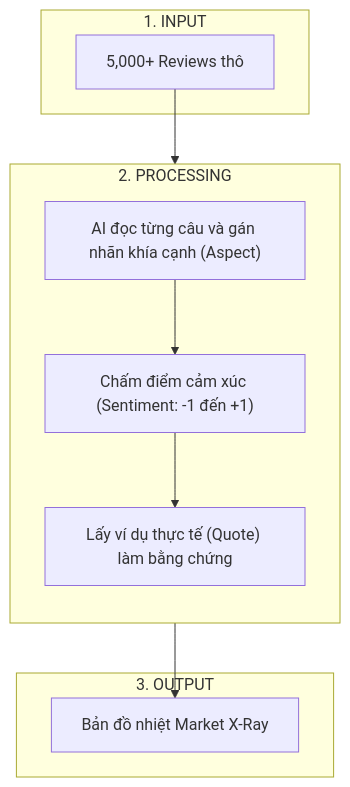
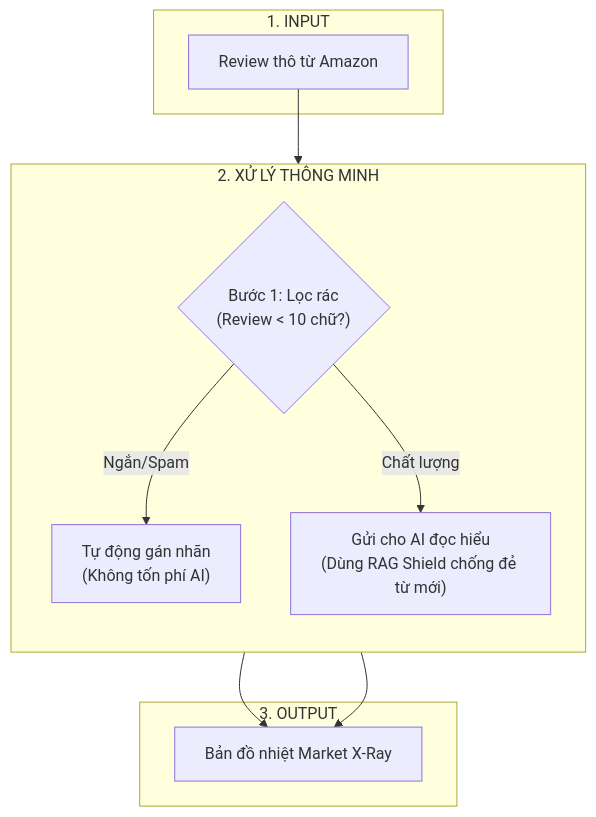
The second of 3 diagrams in docs/architecture_analysis_v2/08_User_Functional_Deep_Dive.md (Daniel-LeTC/AI_market_intel_platform), drawn with Mermaid before and after one commit. The commit also changed other lines of this file, not shown here.

Commit message:
docs: align functional deep dive with real code logic (Trash Filter, RAG Shield, Weighted Score)

````diff
--- a/docs/architecture_analysis_v2/08_User_Functional_Deep_Dive.md
+++ b/docs/architecture_analysis_v2/08_User_Functional_Deep_Dive.md
@@ -40,19 +40,23 @@
 ```mermaid
 graph TD
     subgraph INPUT ["1. INPUT"]
-        R_Raw["5,000+ Reviews thô"]
+        R_Raw["Review thô từ Amazon"]
     end
 
-    subgraph PROCESSING ["2. PROCESSING"]
+    subgraph SMART_PROCESS ["2. XỬ LÝ THÔNG MINH"]
         direction TB
-        StepA["AI đọc từng câu và gán nhãn khía cạnh (Aspect)"]
-        StepB["Chấm điểm cảm xúc (Sentiment: -1 đến +1)"]
-        StepC["Lấy ví dụ thực tế (Quote) làm bằng chứng"]
+        Filter{"Bước 1: Lọc rác\n(Review < 10 chữ?)"}
+        AutoTag["Tự động gán nhãn\n(Không tốn phí AI)"]
+        AIRead["Gửi cho AI đọc hiểu\n(Dùng RAG Shield chống đẻ từ mới)"]
+        
+        Filter -- "Ngắn/Spam" --> AutoTag
+        Filter -- "Chất lượng" --> AIRead
     end
 
     subgraph OUTPUT ["3. OUTPUT"]
         Xray["Bản đồ nhiệt Market X-Ray"]
     end
 
-    R_Raw --> StepA --> StepB --> StepC --> Xray
+    R_Raw --> Filter
+    AutoTag & AIRead --> Xray
 ```
````
